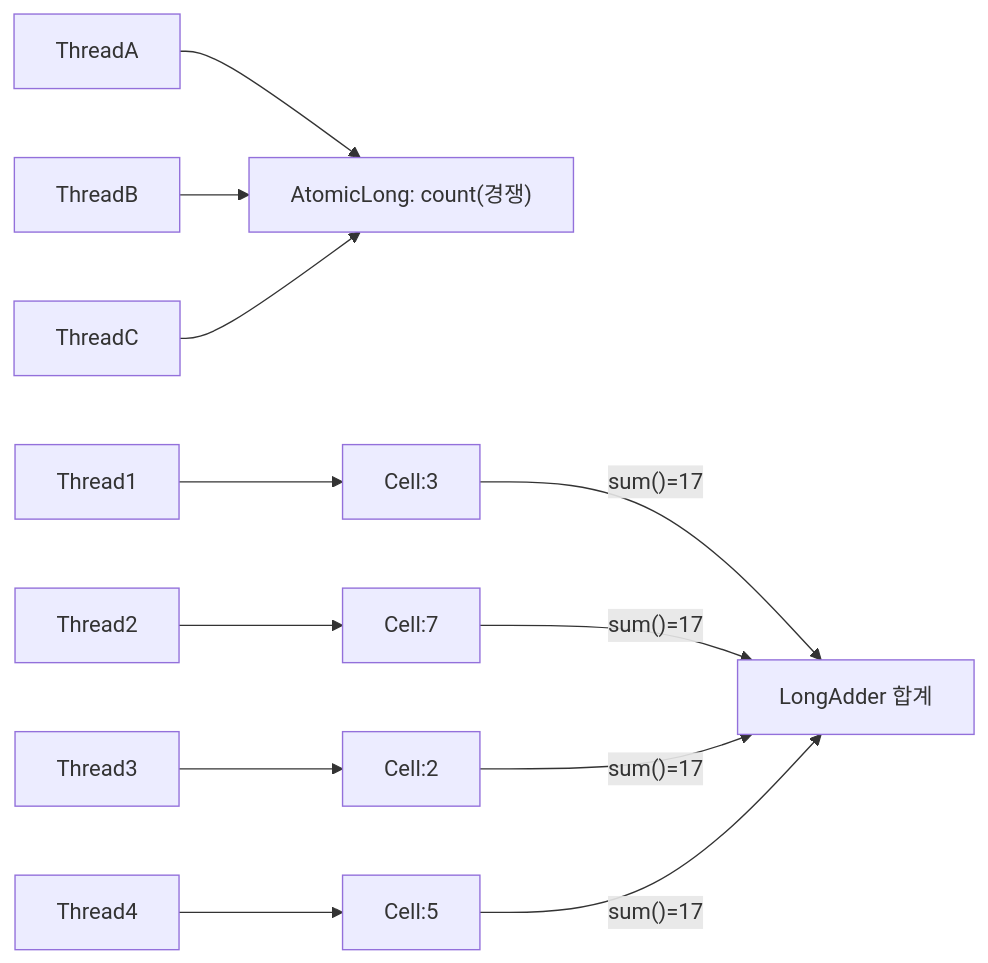
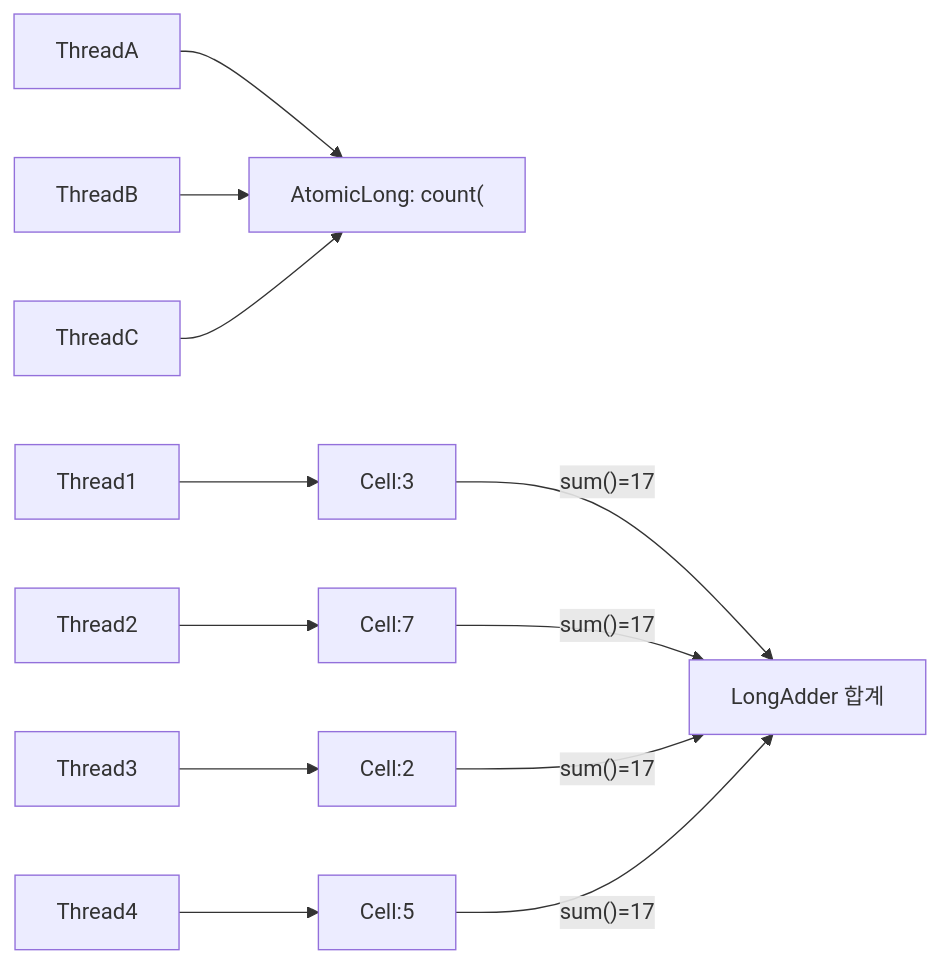
One commit to yjkim2015/yjkim2015.github.io changed diagram 11 of 17 in _posts/java/2026-05-01-java-thread.md. Above: the diagram before and after it, drawn with Mermaid. The commit also changed other lines of this file and 271 other files, not shown here.

First line of the commit message:
Mermaid 라벨 축소: 긴 노드 텍스트 18자 이하로 트림 + \n 제거

````diff
--- a/_posts/java/2026-05-01-java-thread.md
+++ b/_posts/java/2026-05-01-java-thread.md
@@ -1104,11 +1104,11 @@
 ```mermaid
 graph LR
-    TA[ThreadA] --> CELL["AtomicLong: count(경쟁)"]
+    TA[ThreadA] --> CELL["AtomicLong: count("]
     TB[ThreadB] --> CELL
     TC[ThreadC] --> CELL
     T1[Thread1] --> C1["Cell:3"]
     T2[Thread2] --> C2["Cell:7"]
     T3[Thread3] --> C3["Cell:2"]
     T4[Thread4] --> C4["Cell:5"]
     C1 & C2 & C3 & C4 -->|"sum()=17"| SUM["LongAdder 합계"]
 ```
````
